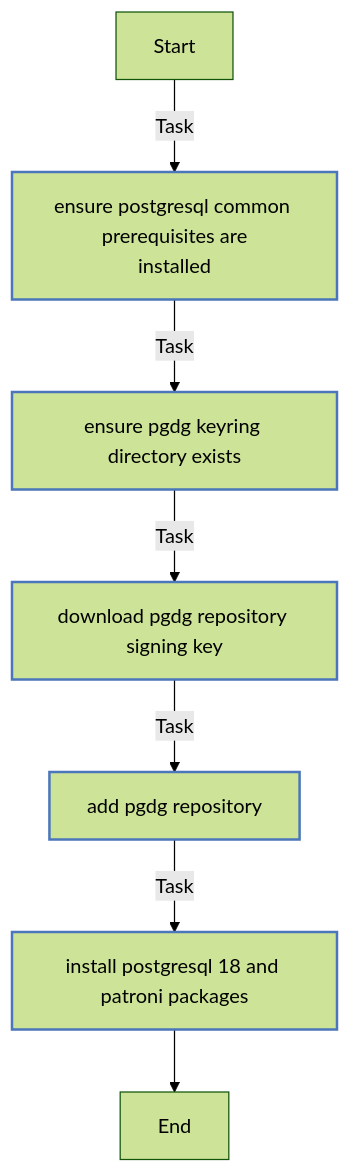
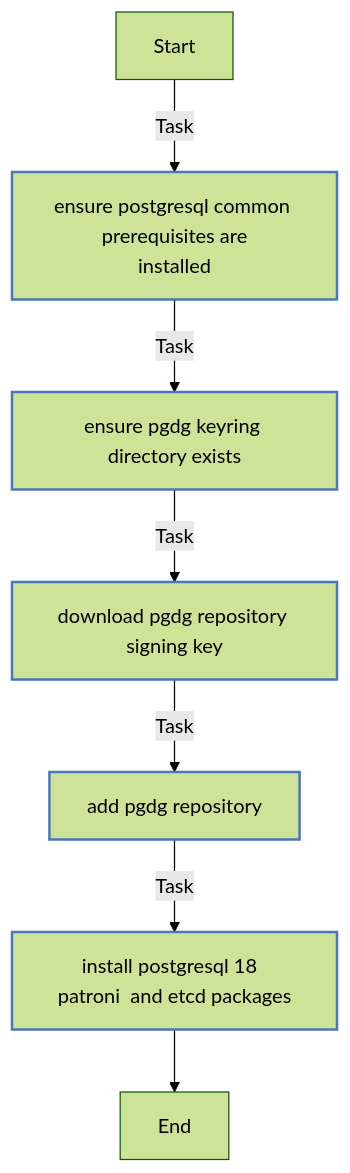
One commit to Lebowski89/homelab changed the second of 5 diagrams in ansible/roles/postgres/README.md. Above: the diagram before and after it, drawn with Mermaid (forest theme). The commit also changed other lines of this file and 4 other files, not shown here.

````diff
--- a/ansible/roles/postgres/README.md
+++ b/ansible/roles/postgres/README.md
@@ -151,19 +151,19 @@
 ```mermaid
 flowchart TD
 Start
 classDef block stroke:#3498db,stroke-width:2px;
 classDef task stroke:#4b76bb,stroke-width:2px;
 classDef includeTasks stroke:#16a085,stroke-width:2px;
 classDef importTasks stroke:#34495e,stroke-width:2px;
 classDef includeRole stroke:#2980b9,stroke-width:2px;
 classDef importRole stroke:#699ba7,stroke-width:2px;
 classDef includeVars stroke:#8e44ad,stroke-width:2px;
 classDef rescue stroke:#665352,stroke-width:2px;
 
   Start-->|Task| Ensure_PostgreSQL_common_prerequisites_are_installed0[ensure postgresql common prerequisites are<br>installed]:::task
   Ensure_PostgreSQL_common_prerequisites_are_installed0-->|Task| Ensure_PGDG_keyring_directory_exists1[ensure pgdg keyring directory exists]:::task
   Ensure_PGDG_keyring_directory_exists1-->|Task| Download_PGDG_repository_signing_key2[download pgdg repository signing key]:::task
   Download_PGDG_repository_signing_key2-->|Task| Add_PGDG_repository3[add pgdg repository]:::task
-  Add_PGDG_repository3-->|Task| Install_PostgreSQL_18_and_Patroni_packages4[install postgresql 18 and patroni packages]:::task
-  Install_PostgreSQL_18_and_Patroni_packages4-->End
+  Add_PGDG_repository3-->|Task| Install_PostgreSQL_18__Patroni__and_etcd_packages4[install postgresql 18  patroni  and etcd packages]:::task
+  Install_PostgreSQL_18__Patroni__and_etcd_packages4-->End
 ```
````
